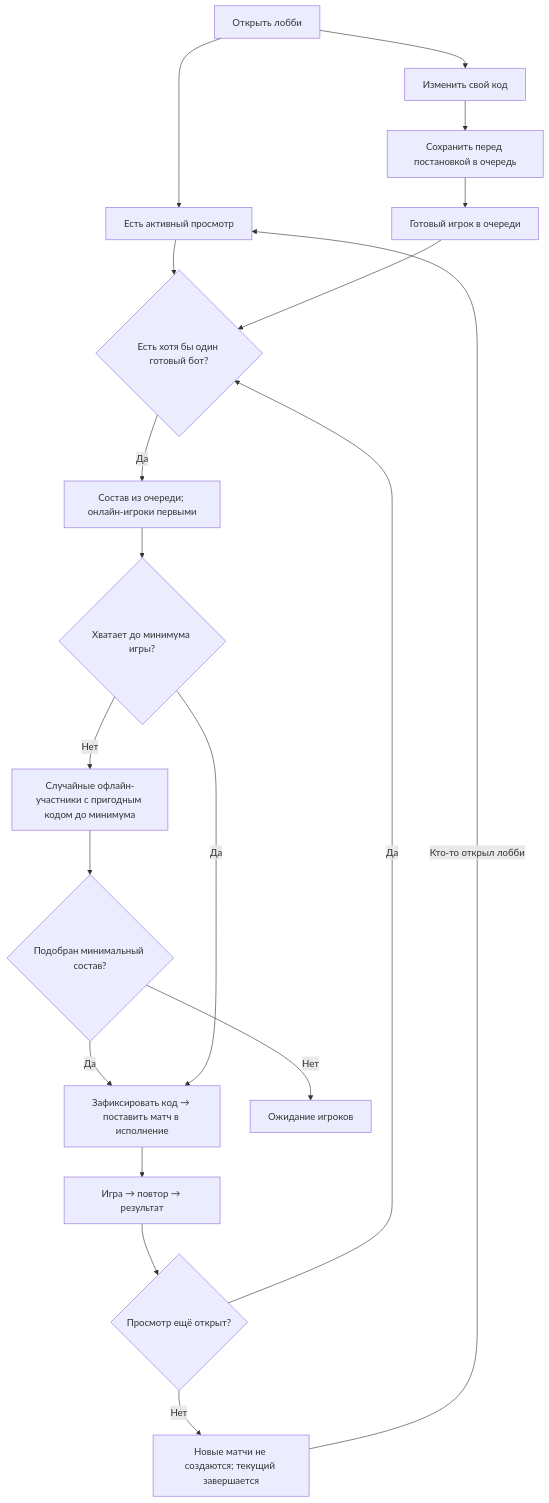
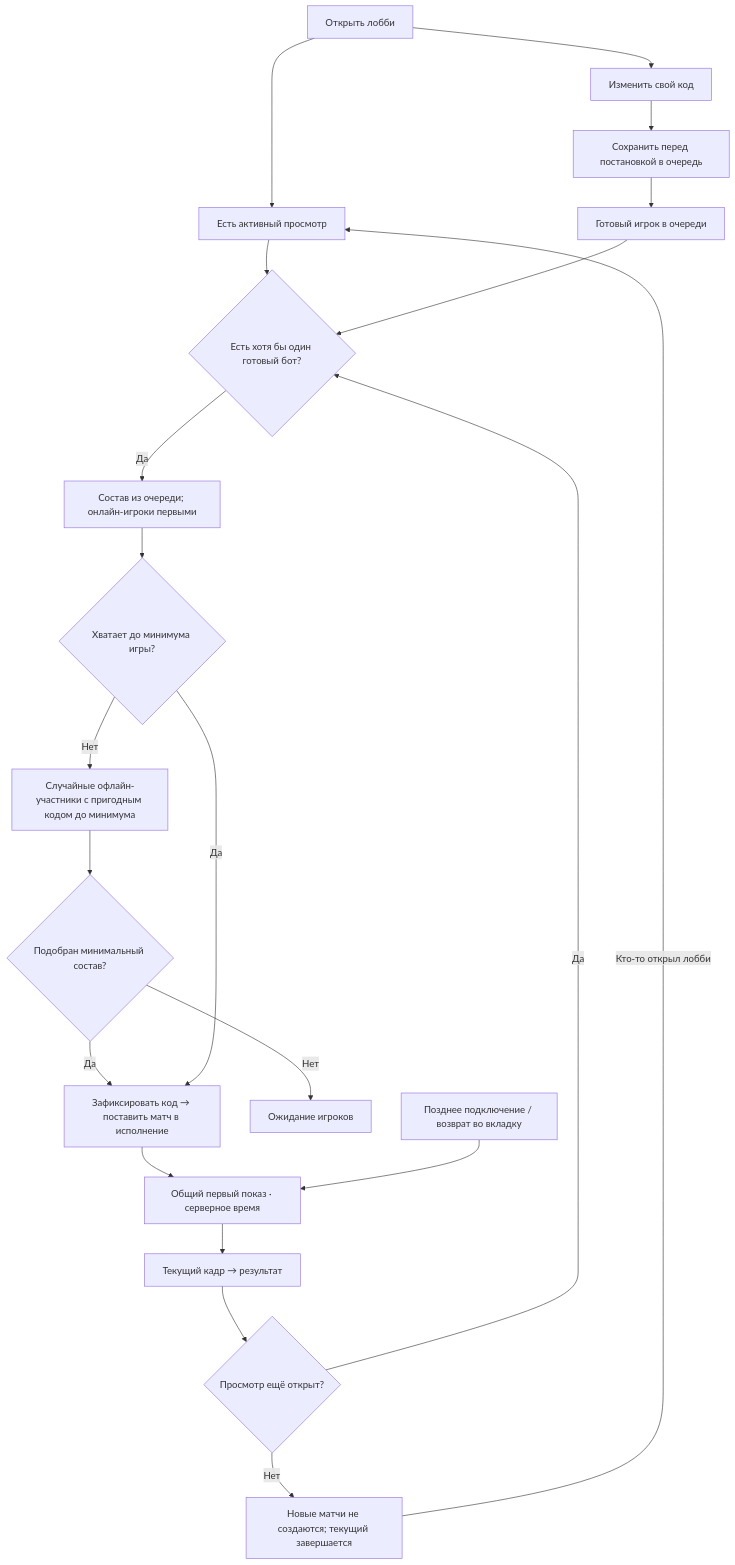
One commit to roctbb/ai-game-engine changed the third of 5 diagrams in docs/UX_GRAPH_V2.md. Above: the diagram before and after it, drawn with Mermaid. The commit also changed other lines of this file and 13 other files, not shown here.

````diff
--- a/docs/UX_GRAPH_V2.md
+++ b/docs/UX_GRAPH_V2.md
@@ -127,22 +127,24 @@
 ```mermaid
 flowchart TD
     OPEN["Открыть лобби"] --> VIEWER["Есть активный просмотр"]
     OPEN --> CODE["Изменить свой код"]
     CODE --> SAVE["Сохранить перед постановкой в очередь"]
     SAVE --> READY["Готовый игрок в очереди"]
     VIEWER --> SELECT{"Есть хотя бы один готовый бот?"}
     READY --> SELECT
     SELECT -->|Да| ROSTER["Состав из очереди; онлайн-игроки первыми"]
     ROSTER --> ENOUGH{"Хватает до минимума игры?"}
     ENOUGH -->|Нет| FILL["Случайные офлайн-участники с пригодным кодом до минимума"]
     FILL --> FIT{"Подобран минимальный состав?"}
     FIT -->|Да| RUN
     FIT -->|Нет| WAIT
     ENOUGH -->|Да| RUN["Зафиксировать код → поставить матч в исполнение"]
     WAIT["Ожидание игроков"]
-    RUN --> WATCH["Игра → повтор → результат"]
+    RUN --> CLOCK["Общий первый показ · серверное время"]
+    LATE["Позднее подключение / возврат во вкладку"] --> CLOCK
+    CLOCK --> WATCH["Текущий кадр → результат"]
     WATCH --> ACTIVE{"Просмотр ещё открыт?"}
     ACTIVE -->|Да| SELECT
     ACTIVE -->|Нет| IDLE["Новые матчи не создаются; текущий завершается"]
     IDLE -->|Кто-то открыл лобби| VIEWER
 ```
````
